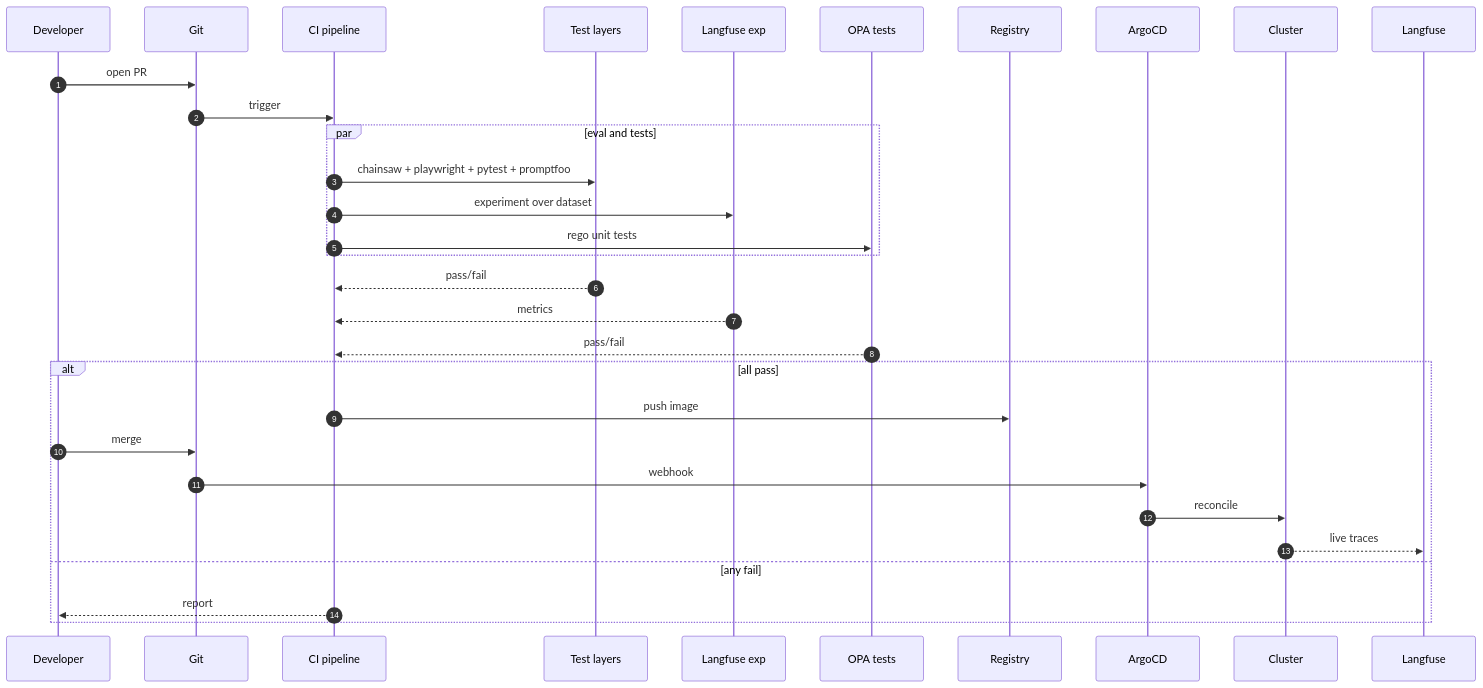
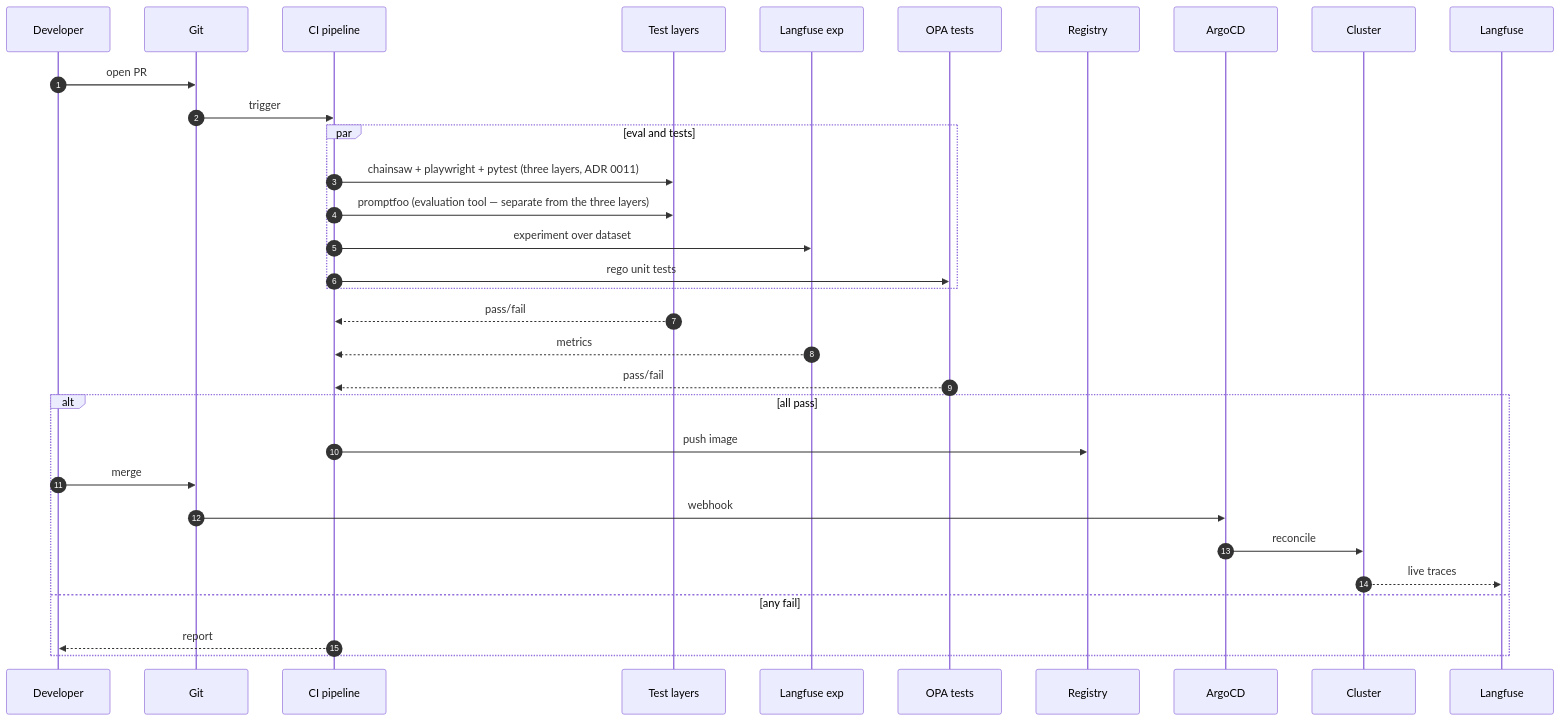
One commit to lago-morph/agent-os changed diagram 18 of 21 in architecture-overview.md. Above: the diagram before and after it, drawn with Mermaid. The commit also changed other lines of this file, not shown here.

````diff
--- a/architecture-overview.md
+++ b/architecture-overview.md
@@ -1254,34 +1256,35 @@
 ```mermaid
 sequenceDiagram
   autonumber
   participant DEV as Developer
   participant GIT as Git
   participant CI as CI pipeline
   participant TST as Test layers
   participant LFE as Langfuse exp
   participant OPAT as OPA tests
   participant REG as Registry
   participant AC as ArgoCD
   participant CL as Cluster
   participant LF as Langfuse
 
   DEV->>GIT: open PR
   GIT->>CI: trigger
   par eval and tests
-    CI->>TST: chainsaw + playwright + pytest + promptfoo
+    CI->>TST: chainsaw + playwright + pytest (three layers, ADR 0011)
+    CI->>TST: promptfoo (evaluation tool — separate from the three layers)
     CI->>LFE: experiment over dataset
     CI->>OPAT: rego unit tests
   end
   TST-->>CI: pass/fail
   LFE-->>CI: metrics
   OPAT-->>CI: pass/fail
   alt all pass
     CI->>REG: push image
     DEV->>GIT: merge
     GIT->>AC: webhook
     AC->>CL: reconcile
     CL-->>LF: live traces
   else any fail
     CI-->>DEV: report
   end
 ```
````
